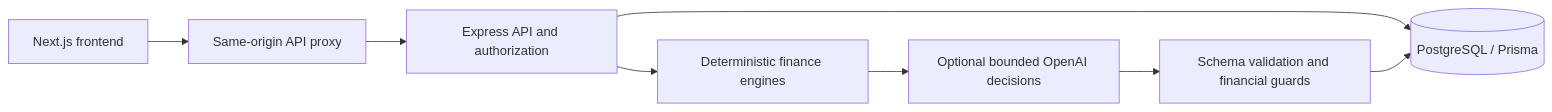
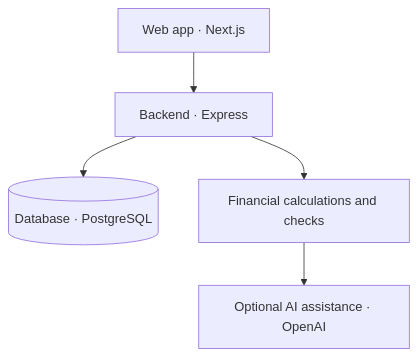
One commit to mahfuz-saim/bizwizard changed the diagram in README.md. Above: the diagram before and after it, drawn with Mermaid. The commit also changed other lines of this file, not shown here.

````diff
--- a/README.md
+++ b/README.md
@@ -23,10 +19,7 @@
 ```mermaid
-flowchart LR
-  Browser[Next.js frontend] --> Proxy[Same-origin API proxy]
-  Proxy --> API[Express API and authorization]
-  API --> Rules[Deterministic finance engines]
-  API --> DB[(PostgreSQL / Prisma)]
-  Rules --> AI[Optional bounded OpenAI decisions]
-  AI --> Guards[Schema validation and financial guards]
-  Guards --> DB
+flowchart TD
+  Web[Web app · Next.js] --> API[Backend · Express]
+  API --> DB[(Database · PostgreSQL)]
+  API --> Finance[Financial calculations and checks]
+  Finance --> AI[Optional AI assistance · OpenAI]
 ```
````
